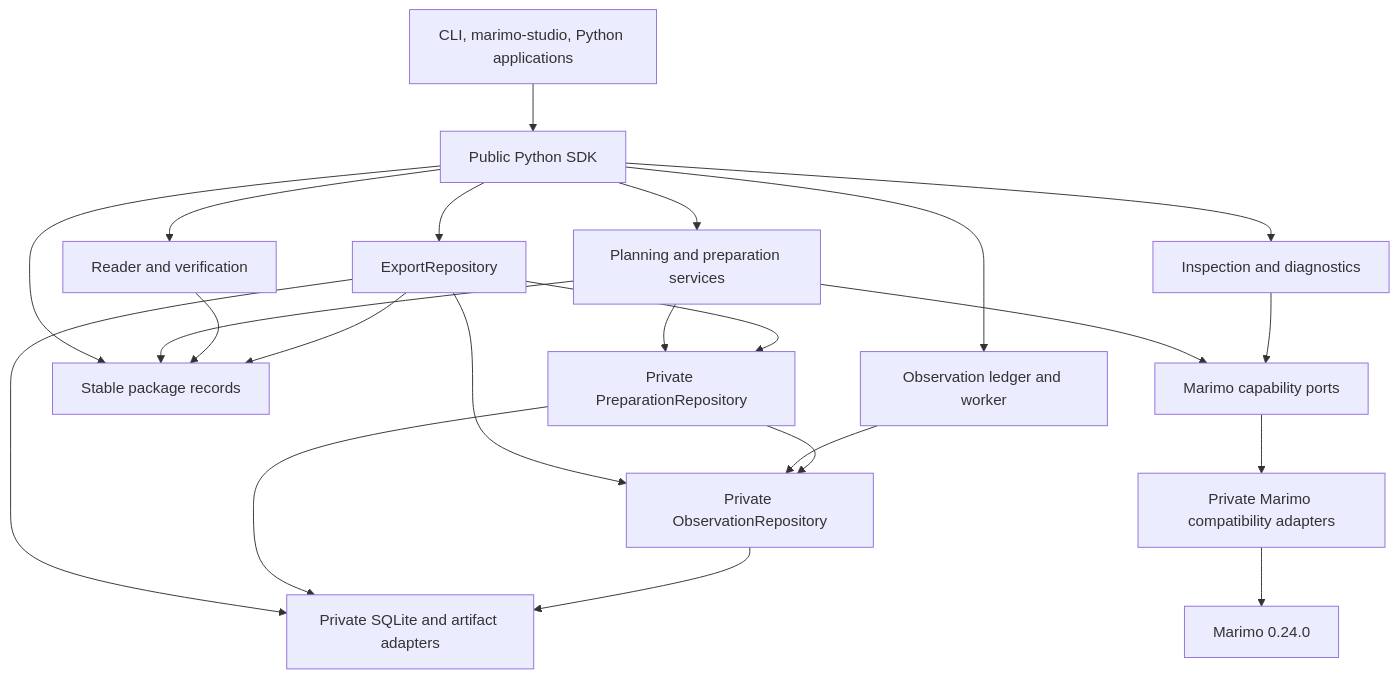
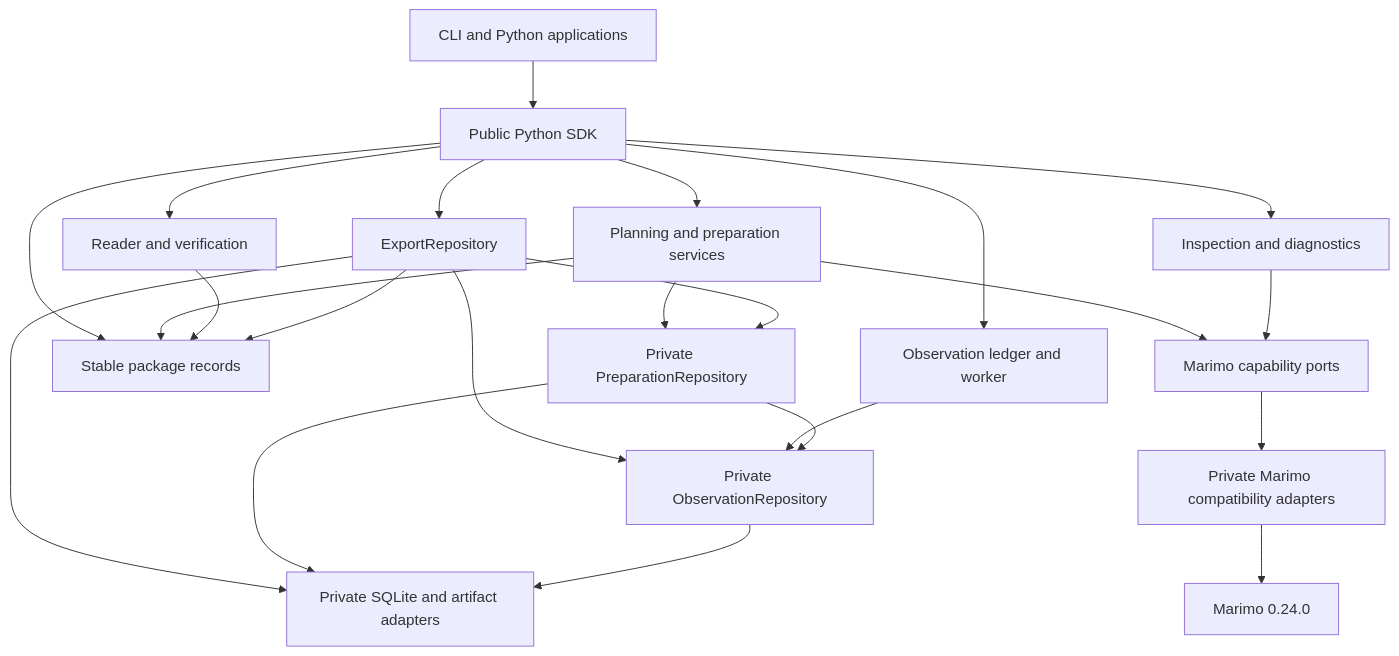
The third of 4 diagrams in development_docs/architecture.md (marimo-team/marimo-export), drawn with Mermaid before and after one commit. The commit also changed other lines of this file and 103 other files, not shown here.

````diff
--- a/development_docs/architecture.md
+++ b/development_docs/architecture.md
@@ -66,40 +60,40 @@
 ```mermaid
 flowchart TB
-    apps[CLI, marimo-studio, Python applications]
+    apps[CLI and Python applications]
     sdk[Public Python SDK]
     services[Planning and preparation services]
     readers[Reader and verification]
     publicRepository[ExportRepository]
     integration[Inspection and diagnostics]
     observationWorker[Observation ledger and worker]
     records[Stable package records]
     preparationRepository[Private PreparationRepository]
     observationRepository[Private ObservationRepository]
     marimoPorts[Marimo capability ports]
     sqlite[Private SQLite and artifact adapters]
     compat[Private Marimo compatibility adapters]
     host[Marimo 0.24.0]
 
     apps --> sdk
     sdk --> records
     sdk --> services
     sdk --> readers
     sdk --> publicRepository
     sdk --> integration
     sdk --> observationWorker
     services --> records
     services --> preparationRepository
     services --> marimoPorts
     readers --> records
     publicRepository --> records
     publicRepository --> sqlite
     publicRepository --> observationRepository
     publicRepository --> preparationRepository
     integration --> marimoPorts
     observationWorker --> observationRepository
     preparationRepository --> observationRepository
     preparationRepository --> sqlite
     observationRepository --> sqlite
     marimoPorts --> compat
     compat --> host
 ```
````
